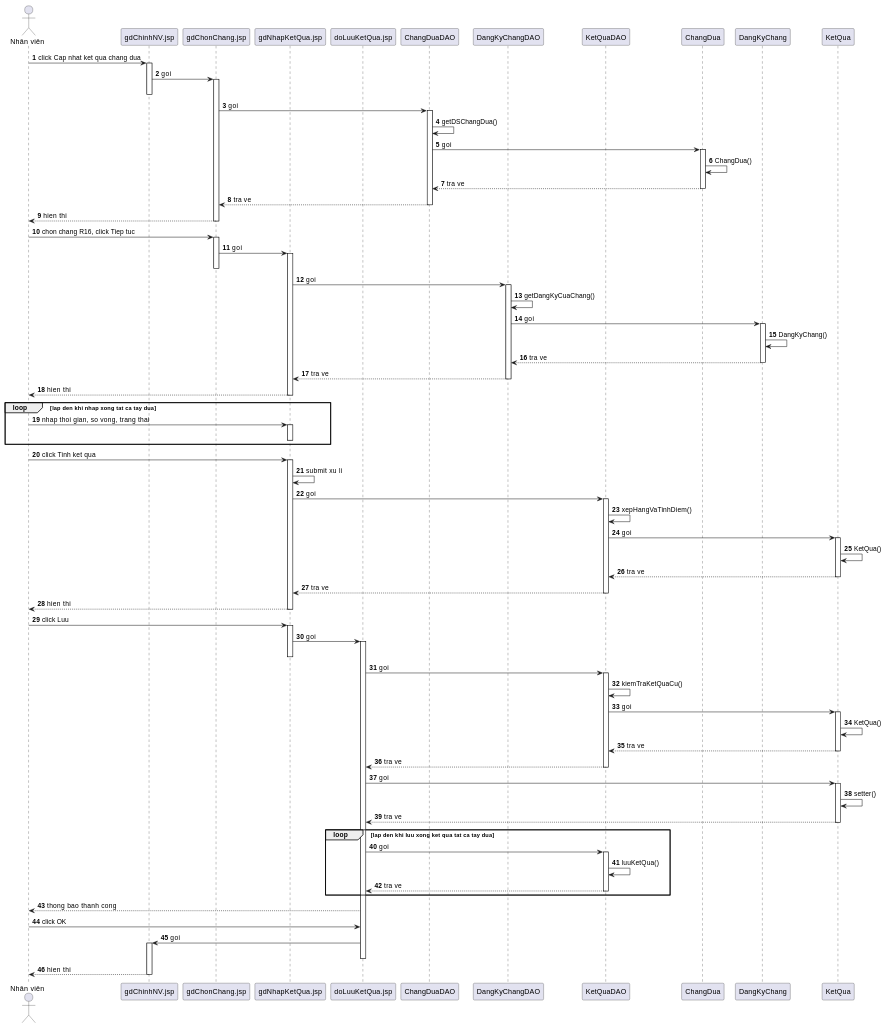
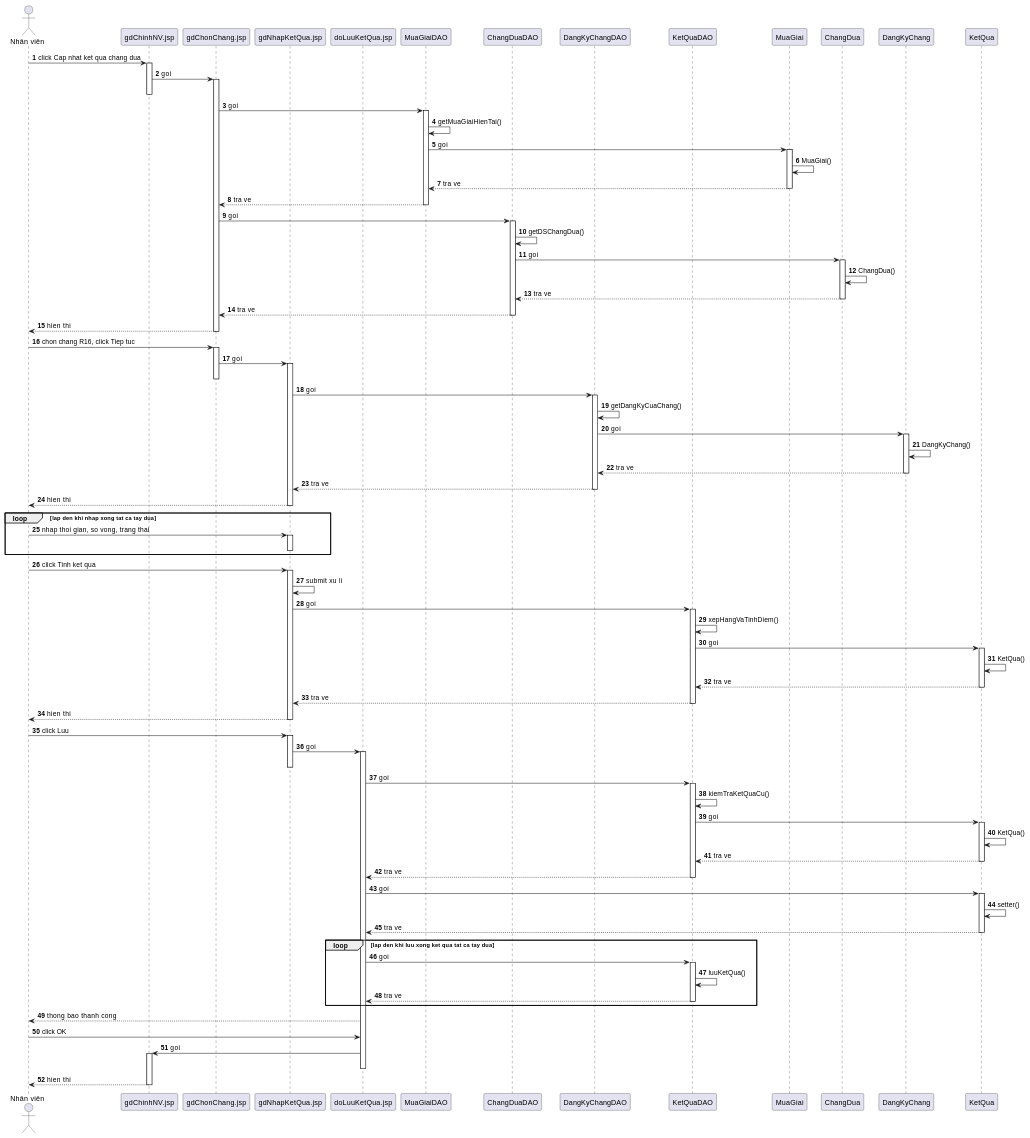
Before and after one commit to 7gho/CNPM-He2026: the sixth of 6 diagrams in Module 3 - Kiet/noi-dung.md, drawn with PlantUML. The commit also changed other lines of this file and 41 other files, not shown here.

```diff
--- a/Module 3 - Kiet/noi-dung.md
+++ b/Module 3 - Kiet/noi-dung.md
@@ -572,9 +575,11 @@
 participant "gdChonChang.jsp" as V1
 participant "gdNhapKetQua.jsp" as V2
 participant "doLuuKetQua.jsp" as V3
+participant "MuaGiaiDAO" as D0
 participant "ChangDuaDAO" as D1
 participant "DangKyChangDAO" as D2
 participant "KetQuaDAO" as D3
+participant "MuaGiai" as E0
 participant "ChangDua" as E1
 participant "DangKyChang" as E2
 participant "KetQua" as E3
@@ -584,6 +589,16 @@
 V0 -> V1 : goi
 activate V1
 deactivate V0
+V1 -> D0 : goi
+activate D0
+D0 -> D0 : getMuaGiaiHienTai()
+D0 -> E0 : goi
+activate E0
+E0 -> E0 : MuaGiai()
+E0 --> D0 : tra ve
+deactivate E0
+D0 --> V1 : tra ve
+deactivate D0
 V1 -> D1 : goi
 activate D1
 D1 -> D1 : getDSChangDua()
```
